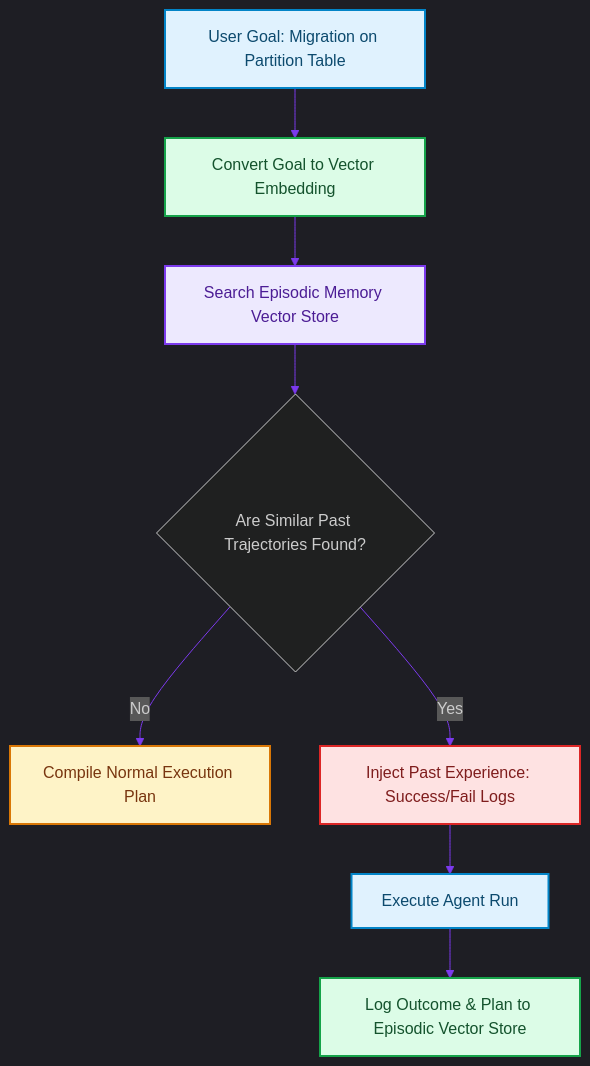
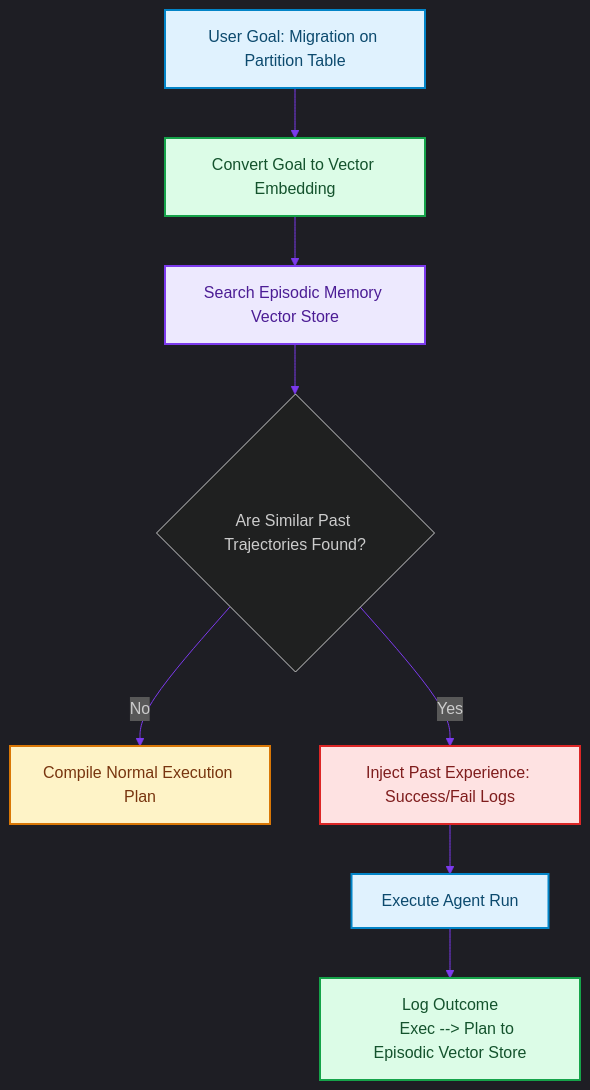
One commit to akmalkhaniub/akmalkhaniub.github.io changed the diagram in blog/posts/memory-episodic-vector-retrieval-trajectory-logs.md. Above: the diagram before and after it, drawn with Mermaid. The commit also changed other lines of this file and 894 other files, not shown here.

Commit message:
feat(blog): upgrade all 444 posts with unique staggered dates, 2-col Mermaid spines, benchmark tables, code blocks, and trade-offs

````diff
--- a/blog/posts/memory-episodic-vector-retrieval-trajectory-logs.md
+++ b/blog/posts/memory-episodic-vector-retrieval-trajectory-logs.md
@@ -16,24 +16,25 @@
 ```mermaid
 %%{init: {'theme': 'dark', 'themeVariables': { 'primaryColor': '#7c3aed', 'primaryTextColor': '#f3f4f6', 'primaryBorderColor': '#a78bfa', 'lineColor': '#7c3aed', 'secondaryColor': '#111827', 'tertiaryColor': '#0b0f19'}}}%%
 flowchart TD
     UserGoal["User Goal: Migration on Partition Table"] --> Embed["Convert Goal to Vector Embedding"]
     Embed --> QueryDB["Search Episodic Memory Vector Store"]
     
     QueryDB --> Match{Are Similar Past Trajectories Found?}
     Match -->|No| NormalPlan["Compile Normal Execution Plan"]
     Match -->|Yes| Prepend["Inject Past Experience: Success/Fail Logs"]
     
     Prepend --> Exec["Execute Agent Run"]
-    Exec --> LogRun["Log Outcome & Plan to Episodic Vector Store"]
+    Exec --> LogRun["Log Outcome
+    Exec --> Plan to Episodic Vector Store"]
 
 classDef green fill:#dcfce7,stroke:#16a34a,stroke-width:2px,color:#14532d;
 classDef red fill:#fee2e2,stroke:#dc2626,stroke-width:2px,color:#7f1d1d;
 classDef blue fill:#e0f2fe,stroke:#0284c7,stroke-width:2px,color:#0c4a6e;
 classDef yellow fill:#fef3c7,stroke:#d97706,stroke-width:2px,color:#78350f;
 classDef purple fill:#ede9fe,stroke:#7c3aed,stroke-width:2px,color:#4c1d95;
 class UserGoal,Exec blue
 class Embed,LogRun green
 class QueryDB purple
 class NormalPlan yellow
 class Prepend red
 ```
````
